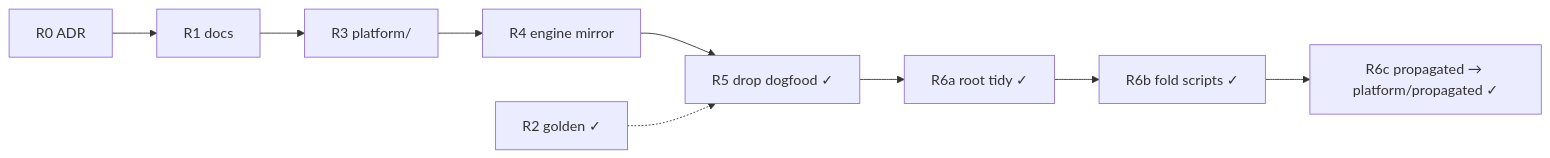
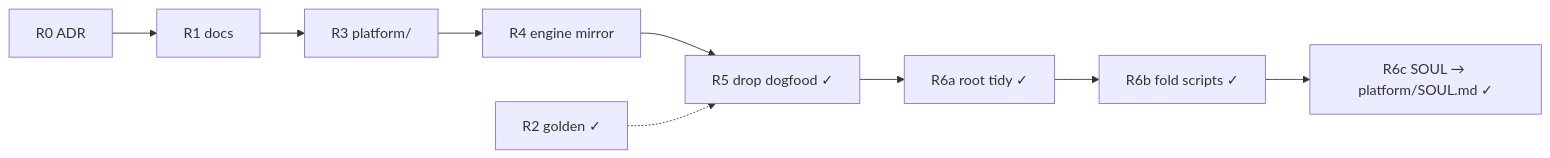
The second of 2 diagrams in docs/engineering/hq-restructure-plan.md (sibling-shipyard/coach-hq), drawn with Mermaid before and after one commit. The commit also changed other lines of this file and 17 other files, not shown here.

First line of the commit message:
core: R6c — composed SOUL at platform/SOUL.md only

````diff
--- a/docs/engineering/hq-restructure-plan.md
+++ b/docs/engineering/hq-restructure-plan.md
@@ -43,11 +43,11 @@
 ```mermaid
 flowchart LR
   R0["R0 ADR"] --> R1["R1 docs"]
   R1 --> R3["R3 platform/"]
   R3 --> R4["R4 engine mirror"]
   R4 --> R5["R5 drop dogfood ✓"]
   R5 --> R6a["R6a root tidy ✓"]
   R6a --> R6b["R6b fold scripts ✓"]
-  R6b --> R6c["R6c propagated → platform/propagated ✓"]
+  R6b --> R6c["R6c SOUL → platform/SOUL.md ✓"]
   R2["R2 golden ✓"] -.-> R5
 ```
````
